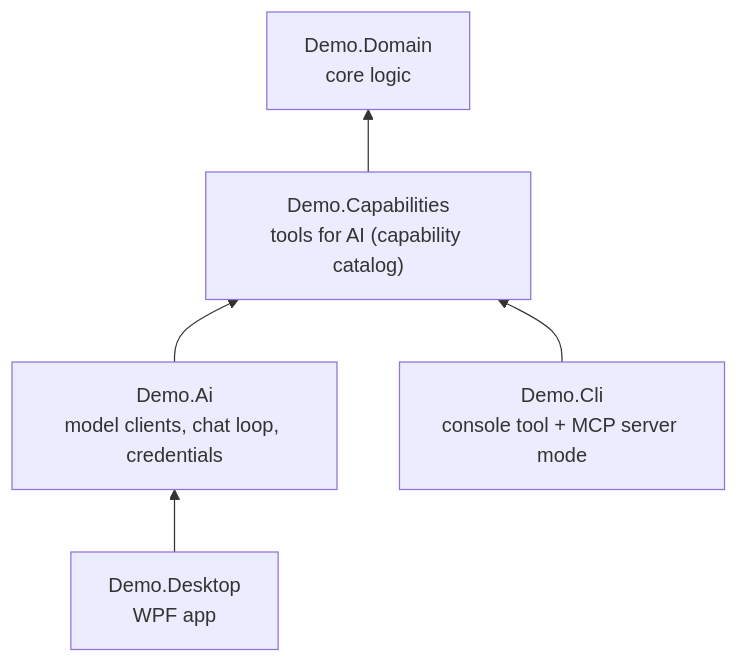
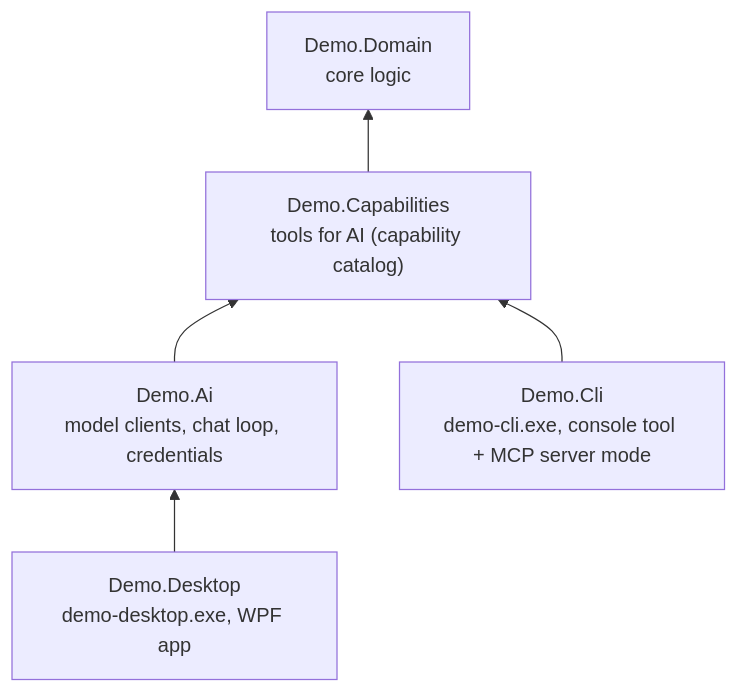
The sixth of 6 diagrams in docs/design.md (RelentlessOldMan/ChatbotAddonDemo), drawn with Mermaid before and after one commit. The commit also changed other lines of this file and 6 other files, not shown here.

First line of the commit message:
Name the desktop exe demo-desktop to match demo-cli, and update docs, diagrams, tests and scripts

````diff
--- a/docs/design.md
+++ b/docs/design.md
@@ -385,12 +385,12 @@
 ```mermaid
 flowchart BT
     domain["Demo.Domain<br/>core logic"]
     caps["Demo.Capabilities<br/>tools for AI (capability catalog)"]
     ai["Demo.Ai<br/>model clients, chat loop, credentials"]
-    desk["Demo.Desktop<br/>WPF app"]
-    cli["Demo.Cli<br/>console tool + MCP server mode"]
+    desk["Demo.Desktop<br/>demo-desktop.exe, WPF app"]
+    cli["Demo.Cli<br/>demo-cli.exe, console tool + MCP server mode"]
     caps --> domain
     ai --> caps
     desk --> ai
     cli --> caps
 ```
````
